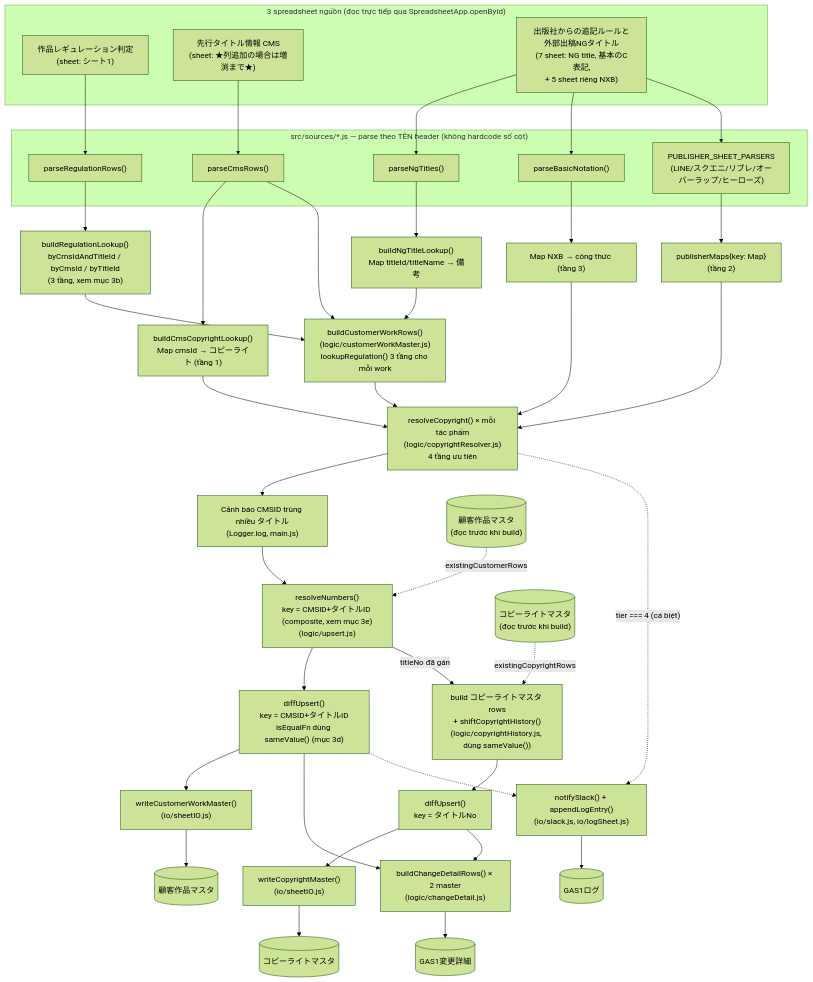
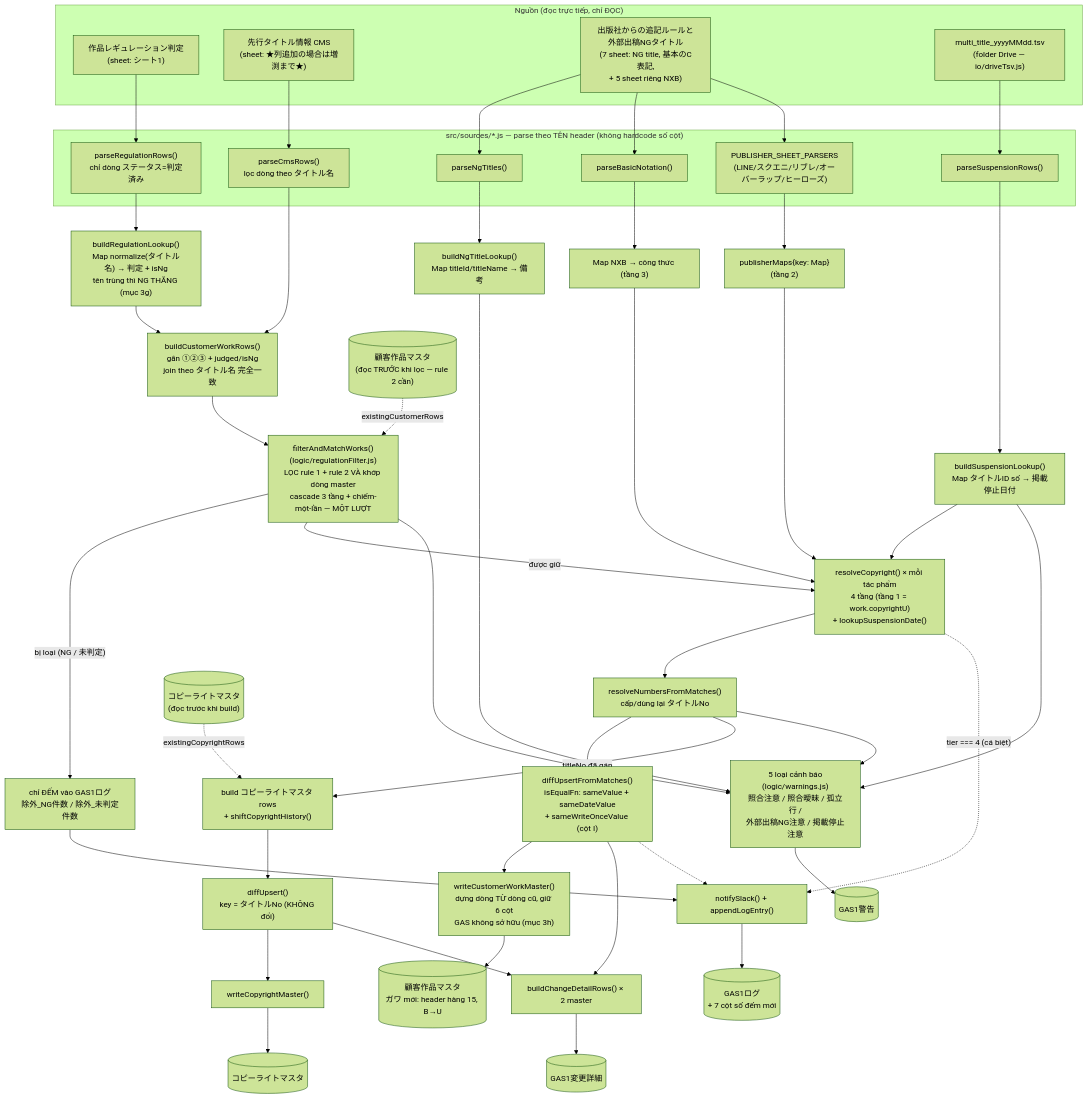
The first of 2 diagrams in docs/gas1-van-hanh.md (long-npl/ntt-solmare), drawn with Mermaid (forest theme) before and after one commit. The commit also changed other lines of this file and 25 other files, not shown here.

First line of the commit message:
Filter the customer master by regulation verdict and re-key it with a 3-tier cascade

````diff
--- a/docs/gas1-van-hanh.md
+++ b/docs/gas1-van-hanh.md
@@ -11,53 +13,63 @@
 ```mermaid
 flowchart TB
-    subgraph SRC["3 spreadsheet nguồn (đọc trực tiếp qua SpreadsheetApp.openById)"]
+    subgraph SRC["Nguồn (đọc trực tiếp, chỉ ĐỌC)"]
         REG["作品レギュレーション判定<br/>(sheet: シート1)"]
         CMS["先行タイトル情報 CMS<br/>(sheet: ★列追加の場合は増渕まで★)"]
         PUB["出版社からの追記ルールと外部出稿NGタイトル<br/>(7 sheet: NG title, 基本のC表記,<br/>+ 5 sheet riêng NXB)"]
+        TSV["multi_title_yyyyMMdd.tsv<br/>(folder Drive — io/driveTsv.js)"]
     end
 
     subgraph PARSE["src/sources/*.js — parse theo TÊN header (không hardcode số cột)"]
-        parseReg["parseRegulationRows()"]
-        parseCms["parseCmsRows()"]
+        parseReg["parseRegulationRows()<br/>chỉ dòng ステータス=判定済み"]
+        parseCms["parseCmsRows()<br/>lọc dòng theo タイトル名"]
         parseNg["parseNgTitles()"]
         parseBasic["parseBasicNotation()"]
         parsePub["PUBLISHER_SHEET_PARSERS<br/>(LINE/スクエニ/リブレ/オーバーラップ/ヒーローズ)"]
+        parseSusp["parseSuspensionRows()"]
     end
 
-    REG --> parseReg --> lookupReg["buildRegulationLookup()<br/>byCmsIdAndTitleId / byCmsId / byTitleId<br/>(3 tầng, xem mục 3b)"]
+    REG --> parseReg --> lookupReg["buildRegulationLookup()<br/>Map normalize(タイトル名) → 判定 + isNg<br/>tên trùng thì NG THẮNG (mục 3g)"]
     CMS --> parseCms
-    parseCms --> lookupCms["buildCmsCopyrightLookup()<br/>Map cmsId → コピーライト (tầng 1)"]
     PUB --> parseNg --> lookupNg["buildNgTitleLookup()<br/>Map titleId/titleName → 備考"]
     PUB --> parseBasic --> mapBasic["Map NXB → công thức (tầng 3)"]
     PUB --> parsePub --> mapsPub["publisherMaps{key: Map}<br/>(tầng 2)"]
+    TSV --> parseSusp --> lookupSusp["buildSuspensionLookup()<br/>Map タイトルID số → 掲載停止日付"]
 
-    parseCms --> buildCustomer["buildCustomerWorkRows()<br/>(logic/customerWorkMaster.js)<br/>lookupRegulation() 3 tầng cho mỗi work"]
+    parseCms --> buildCustomer["buildCustomerWorkRows()<br/>gắn ①②③ + judged/isNg<br/>join theo タイトル名 完全一致"]
     lookupReg --> buildCustomer
-    lookupNg --> buildCustomer
 
-    buildCustomer --> resolveCopy["resolveCopyright() × mỗi tác phẩm<br/>(logic/copyrightResolver.js)<br/>4 tầng ưu tiên"]
-    lookupCms --> resolveCopy
+    buildCustomer --> filterStep["filterAndMatchWorks()<br/>(logic/regulationFilter.js)<br/>LỌC rule 1 + rule 2 VÀ khớp dòng master<br/>cascade 3 tầng + chiếm-một-lần — MỘT LƯỢT"]
+    existingCustomer[("顧客作品マスタ<br/>(đọc TRƯỚC khi lọc — rule 2 cần)")] -.existingCustomerRows.-> filterStep
+
+    filterStep -- "bị loại (NG / 未判定)" --> excluded["chỉ ĐẾM vào GAS1ログ<br/>除外_NG件数 / 除外_未判定件数"]
+    filterStep -- "được giữ" --> resolveCopy["resolveCopyright() × mỗi tác phẩm<br/>4 tầng (tầng 1 = work.copyrightU)<br/>+ lookupSuspensionDate()"]
     mapsPub --> resolveCopy
     mapBasic --> resolveCopy
+    lookupSusp --> resolveCopy
 
-    resolveCopy --> dupCheck["Cảnh báo CMSID trùng nhiều タイトル<br/>(Logger.log, main.js)"]
-    dupCheck --> numberCustomer["resolveNumbers()<br/>key = CMSID+タイトルID (composite, xem mục 3e)<br/>(logic/upsert.js)"]
-    existingCustomer[("顧客作品マスタ<br/>(đọc trước khi build)")] -.existingCustomerRows.-> numberCustomer
-    numberCustomer --> diffCustomer["diffUpsert()<br/>key = CMSID+タイトルID<br/>isEqualFn dùng sameValue() (mục 3d)"]
-    diffCustomer --> writeCustomer["writeCustomerWorkMaster()<br/>(io/sheetIO.js)"]
-    writeCustomer --> customerMasterOut[("顧客作品マスタ")]
+    resolveCopy --> numberCustomer["resolveNumbersFromMatches()<br/>cấp/dùng lại タイトルNo"]
+    numberCustomer --> diffCustomer["diffUpsertFromMatches()<br/>isEqualFn: sameValue + sameDateValue<br/>+ sameWriteOnceValue (cột I)"]
+    diffCustomer --> writeCustomer["writeCustomerWorkMaster()<br/>dựng dòng TỪ dòng cũ, giữ 6 cột<br/>GAS không sở hữu (mục 3h)"]
+    writeCustomer --> customerMasterOut[("顧客作品マスタ<br/>ガワ mới: header hàng 15, B→U")]
 
-    numberCustomer -- "titleNo đã gán" --> buildCopyRows["build コピーライトマスタ rows<br/>+ shiftCopyrightHistory()<br/>(logic/copyrightHistory.js, dùng sameValue())"]
+    numberCustomer -- "titleNo đã gán" --> buildCopyRows["build コピーライトマスタ rows<br/>+ shiftCopyrightHistory()"]
     existingCopyright[("コピーライトマスタ<br/>(đọc trước khi build)")] -.existingCopyrightRows.-> buildCopyRows
-    buildCopyRows --> diffCopyright["diffUpsert()<br/>key = タイトルNo"]
-    diffCopyright --> writeCopyright["writeCopyrightMaster()<br/>(io/sheetIO.js)"]
+    buildCopyRows --> diffCopyright["diffUpsert()<br/>key = タイトルNo (KHÔNG đổi)"]
+    diffCopyright --> writeCopyright["writeCopyrightMaster()"]
     writeCopyright --> copyrightMasterOut[("コピーライトマスタ")]
 
-    diffCustomer --> changeDetail["buildChangeDetailRows() × 2 master<br/>(logic/changeDetail.js)"]
+    diffCustomer --> changeDetail["buildChangeDetailRows() × 2 master"]
     diffCopyright --> changeDetail
     changeDetail --> changeDetailOut[("GAS1変更詳細")]
 
-    resolveCopy -. "tier === 4 (cá biệt)" .-> slackLog["notifySlack() + appendLogEntry()<br/>(io/slack.js, io/logSheet.js)"]
+    filterStep --> warn["5 loại cảnh báo<br/>(logic/warnings.js)<br/>照合注意 / 照合曖昧 / 孤立行 /<br/>外部出稿NG注意 / 掲載停止注意"]
+    numberCustomer --> warn
+    lookupNg --> warn
+    lookupSusp --> warn
+    warn --> warnOut[("GAS1警告")]
+
+    resolveCopy -. "tier === 4 (cá biệt)" .-> slackLog["notifySlack() + appendLogEntry()"]
     diffCustomer -.-> slackLog
-    slackLog --> logOut[("GAS1ログ")]
+    excluded --> slackLog
+    slackLog --> logOut[("GAS1ログ<br/>+ 7 cột số đếm mới")]
 ```
````
